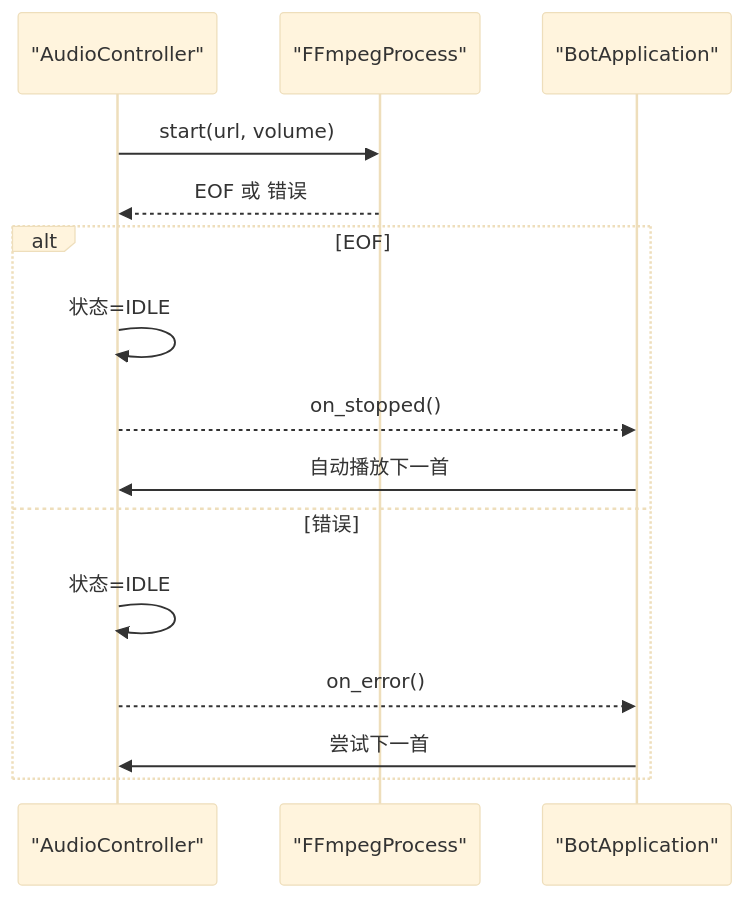
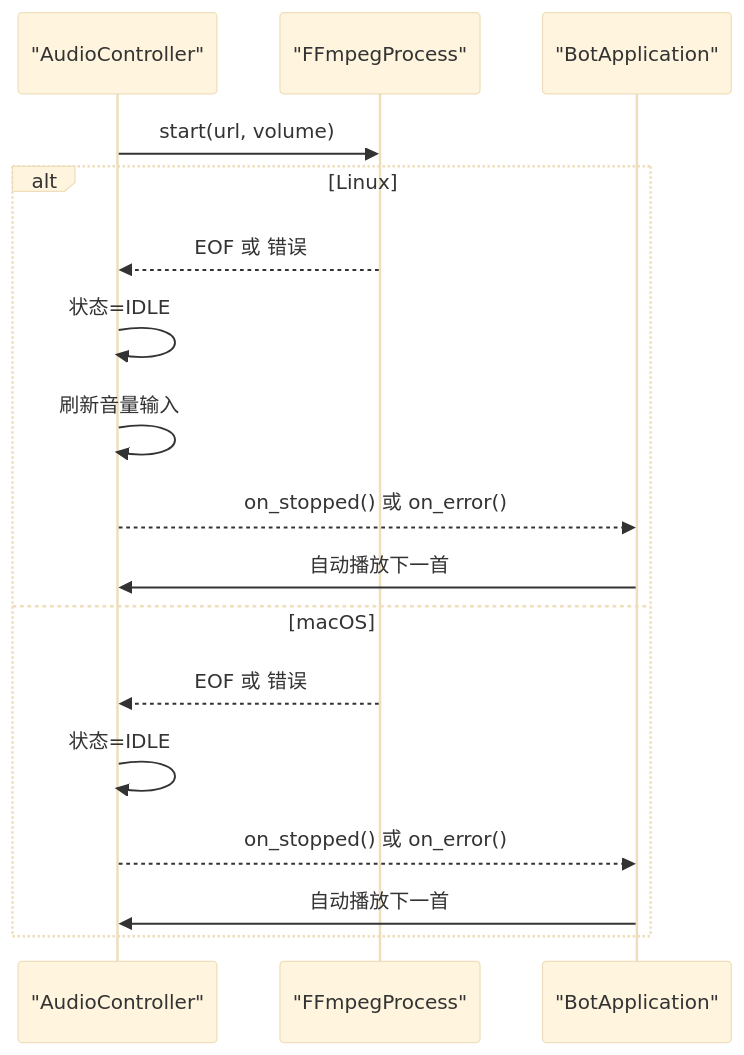
One commit to GhoulOwl/Teamspeak3_Bot changed the sixth of 8 diagrams in .qoder/repowiki/zh/content/音乐播放系统/音频控制器.md. Above: the diagram before and after it, drawn with Mermaid (base theme). The commit also changed other lines of this file and 7 other files, not shown here.

````diff
--- a/.qoder/repowiki/zh/content/音乐播放系统/音频控制器.md
+++ b/.qoder/repowiki/zh/content/音乐播放系统/音频控制器.md
@@ -222,17 +254,19 @@
 ```mermaid
 sequenceDiagram
 participant Ctrl as "AudioController"
 participant FF as "FFmpegProcess"
 participant App as "BotApplication"
 Ctrl->>FF : start(url, volume)
+alt Linux
 FF-->>Ctrl : EOF 或 错误
-alt EOF
 Ctrl->>Ctrl : 状态=IDLE
-Ctrl-->>App : on_stopped()
+Ctrl->>Ctrl : 刷新音量输入
+Ctrl-->>App : on_stopped() 或 on_error()
 App->>Ctrl : 自动播放下一首
-else 错误
+else macOS
+FF-->>Ctrl : EOF 或 错误
 Ctrl->>Ctrl : 状态=IDLE
-Ctrl-->>App : on_error()
-App->>Ctrl : 尝试下一首
+Ctrl-->>App : on_stopped() 或 on_error()
+App->>Ctrl : 自动播放下一首
 end
 ```
````
